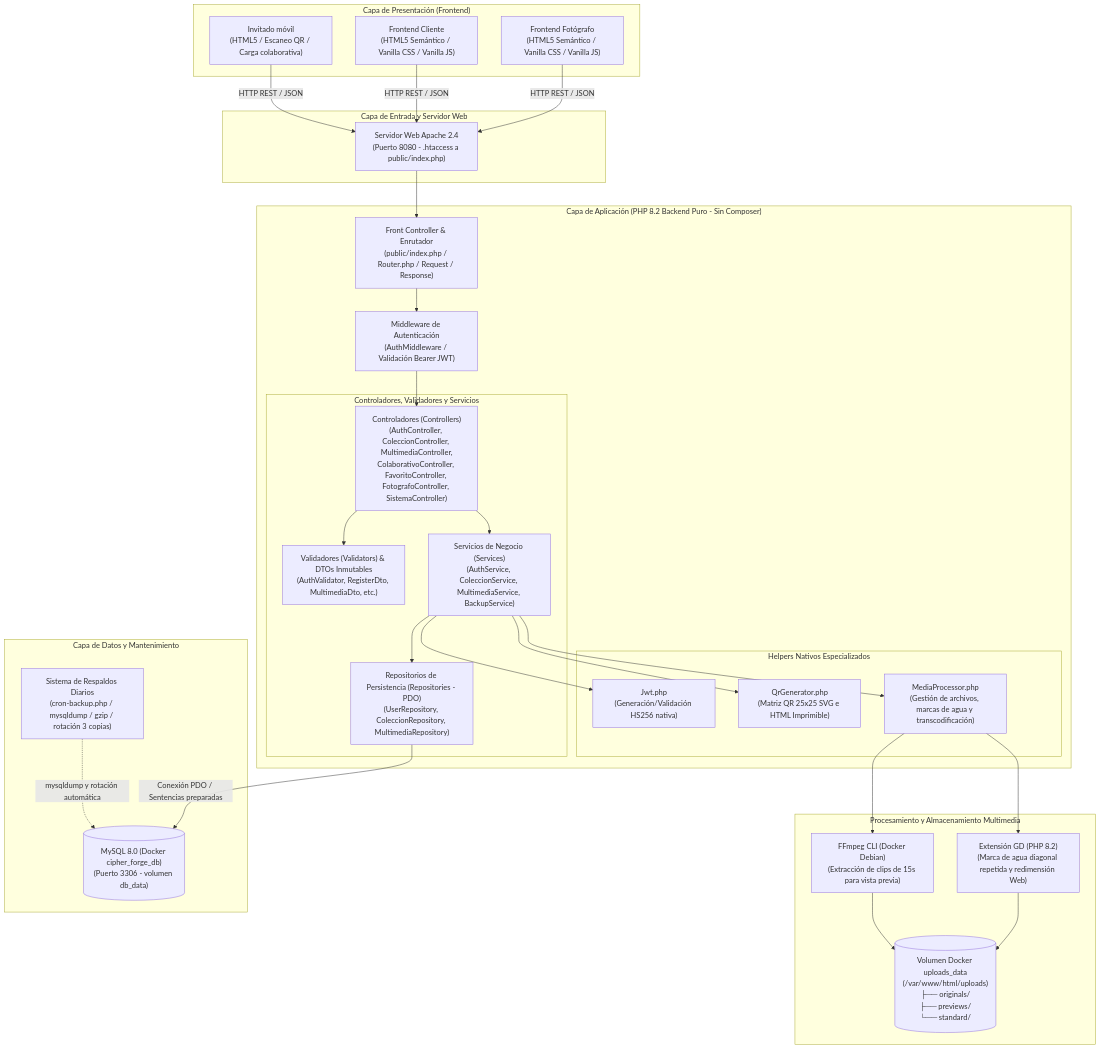
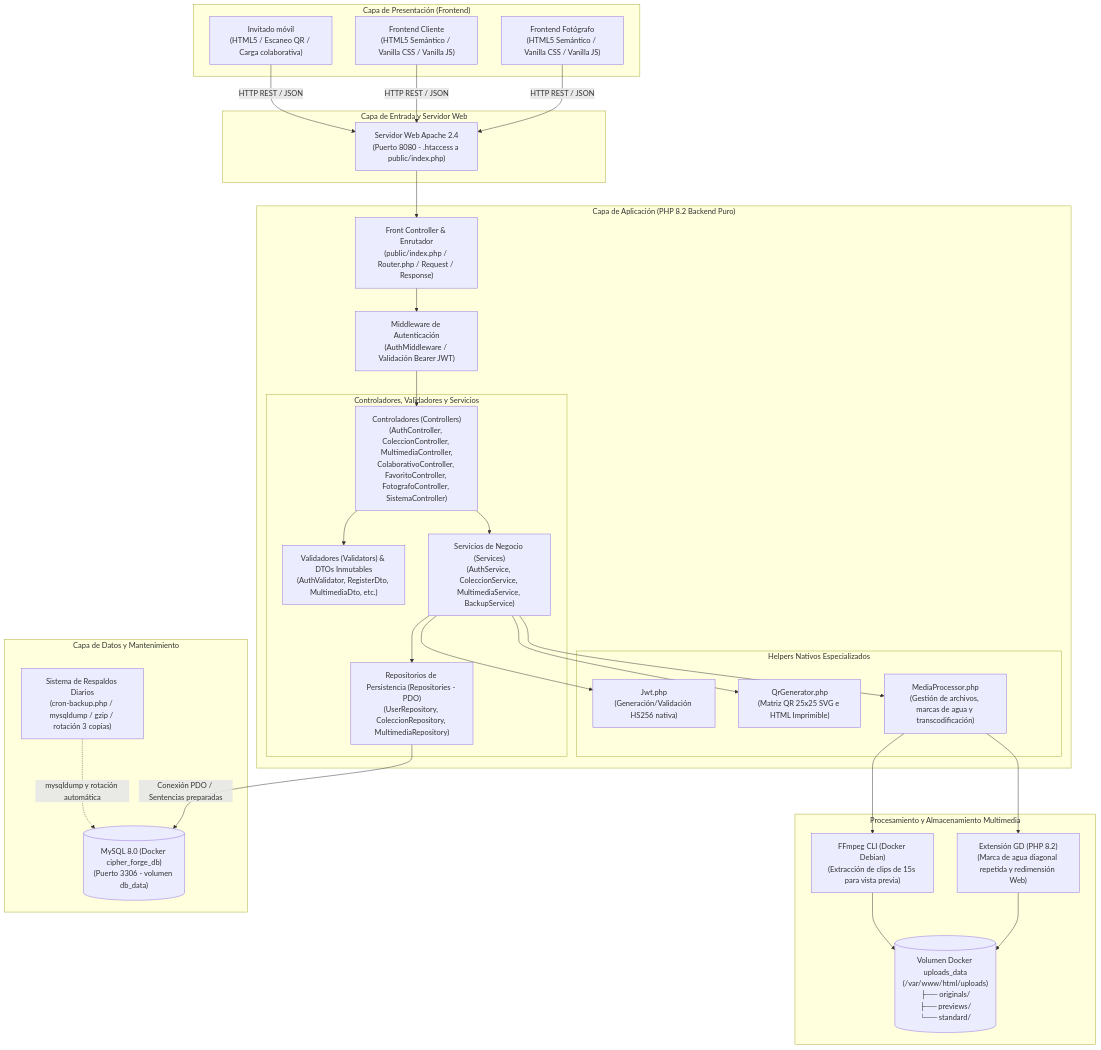
The first of 4 diagrams in Gestion-fotografias/docs/02-modelado.md (NicolasNegretto7/Cipher_Forge), drawn with Mermaid before and after one commit. The commit also changed other lines of this file and 1 other file, not shown here.

````diff
--- a/Gestion-fotografias/docs/02-modelado.md
+++ b/Gestion-fotografias/docs/02-modelado.md
@@ -11,64 +11,64 @@
 ```mermaid
 graph TD
     subgraph Clientes ["Capa de Presentación (Frontend)"]
         FC["Frontend Fotógrafo\n(HTML5 Semántico / Vanilla CSS / Vanilla JS)"]
         FU["Frontend Cliente\n(HTML5 Semántico / Vanilla CSS / Vanilla JS)"]
         INV["Invitado móvil\n(HTML5 / Escaneo QR / Carga colaborativa)"]
     end
 
     subgraph Red ["Capa de Entrada y Servidor Web"]
         APACHE["Servidor Web Apache 2.4\n(Puerto 8080 - .htaccess a public/index.php)"]
     end
 
-    subgraph Backend ["Capa de Aplicación (PHP 8.2 Backend Puro - Sin Composer)"]
+    subgraph Backend ["Capa de Aplicación (PHP 8.2 Backend Puro)"]
         ROUTER["Front Controller & Enrutador\n(public/index.php / Router.php / Request / Response)"]
         AUTH_MID["Middleware de Autenticación\n(AuthMiddleware / Validación Bearer JWT)"]
         
         subgraph Modulos ["Controladores, Validadores y Servicios"]
             CTRL["Controladores (Controllers)\n(AuthController, ColeccionController, MultimediaController,\nColaborativoController, FavoritoController, FotografoController, SistemaController)"]
             VAL["Validadores (Validators) & DTOs Inmutables\n(AuthValidator, RegisterDto, MultimediaDto, etc.)"]
             SERV["Servicios de Negocio (Services)\n(AuthService, ColeccionService, MultimediaService, BackupService)"]
             REPO["Repositorios de Persistencia (Repositories - PDO)\n(UserRepository, ColeccionRepository, MultimediaRepository)"]
         end
 
         subgraph HelpersNativos ["Helpers Nativos Especializados"]
             JWT_HELP["Jwt.php\n(Generación/Validación HS256 nativa)"]
             QR_HELP["QrGenerator.php\n(Matriz QR 25x25 SVG e HTML Imprimible)"]
             MEDIA_PROC["MediaProcessor.php\n(Gestión de archivos, marcas de agua y transcodificación)"]
         end
     end
 
     subgraph Multimedia ["Procesamiento y Almacenamiento Multimedia"]
         GD["Extensión GD (PHP 8.2)\n(Marca de agua diagonal repetida y redimensión Web)"]
         FFMPEG["FFmpeg CLI (Docker Debian)\n(Extracción de clips de 15s para vista previa)"]
         FS[("Volumen Docker uploads_data\n(/var/www/html/uploads)\n├── originals/\n├── previews/\n└── standard/")]
     end
 
     subgraph Persistencia ["Capa de Datos y Mantenimiento"]
         MYSQL[("MySQL 8.0 (Docker cipher_forge_db)\n(Puerto 3306 - volumen db_data)")]
         BACKUP["Sistema de Respaldos Diarios\n(cron-backup.php / mysqldump / gzip / rotación 3 copias)"]
     end
 
     FC -->|HTTP REST / JSON| APACHE
     FU -->|HTTP REST / JSON| APACHE
     INV -->|HTTP REST / JSON| APACHE
     
     APACHE --> ROUTER
     ROUTER --> AUTH_MID
     AUTH_MID --> CTRL
     CTRL --> VAL
     CTRL --> SERV
     SERV --> REPO
     
     SERV --> JWT_HELP
     SERV --> QR_HELP
     SERV --> MEDIA_PROC
     
     MEDIA_PROC --> GD
     MEDIA_PROC --> FFMPEG
     
     GD --> FS
     FFMPEG --> FS
     REPO -->|Conexión PDO / Sentencias preparadas| MYSQL
     BACKUP -.->|mysqldump y rotación automática| MYSQL
 ```
````
